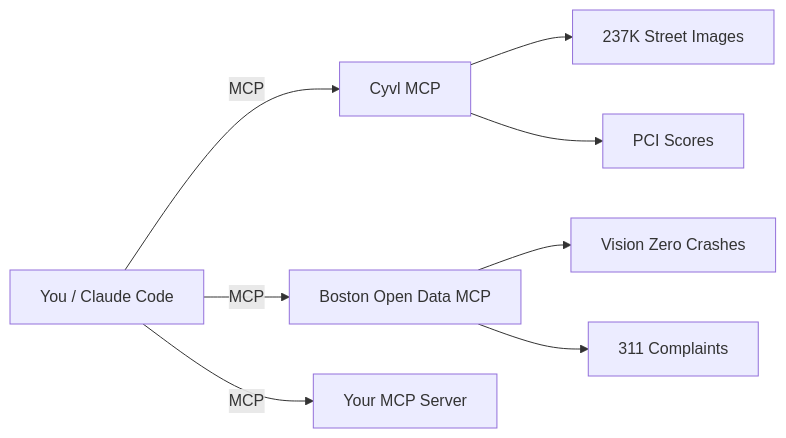
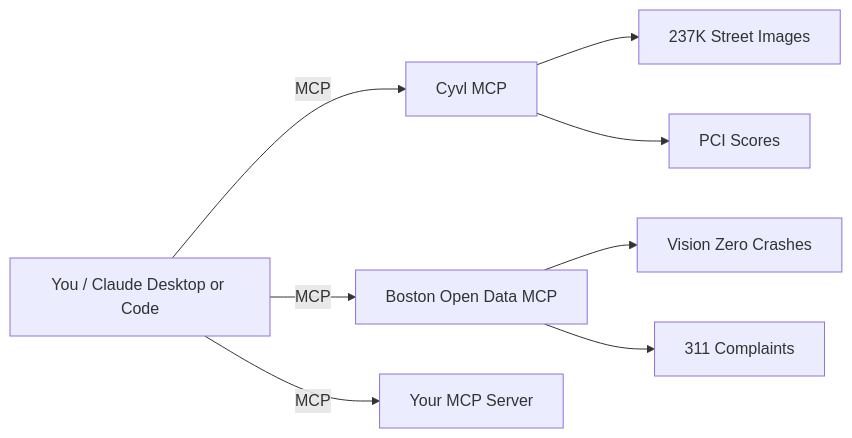
The diagram in README.md (roadgnar/mcp-demo), drawn with Mermaid before and after one commit. The commit also changed other lines of this file, not shown here.

Commit message:
added claude desktop as the main path

````diff
--- a/README.md
+++ b/README.md
@@ -127,10 +168,10 @@
 ```mermaid
 graph LR
-    User[You / Claude Code] -->|MCP| Cyvl[Cyvl MCP]
+    User[You / Claude Desktop or Code] -->|MCP| Cyvl[Cyvl MCP]
     User -->|MCP| Boston[Boston Open Data MCP]
     User -->|MCP| Your[Your MCP Server]
     Cyvl --> Images[237K Street Images]
     Cyvl --> Pavement[PCI Scores]
     Boston --> Crashes[Vision Zero Crashes]
     Boston --> Complaints[311 Complaints]
 ```
````
